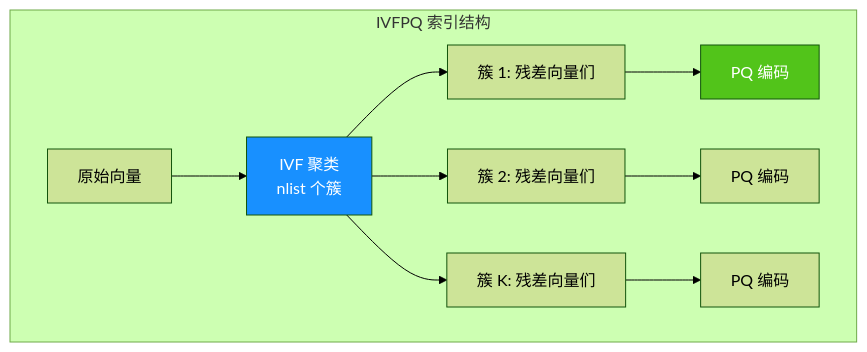
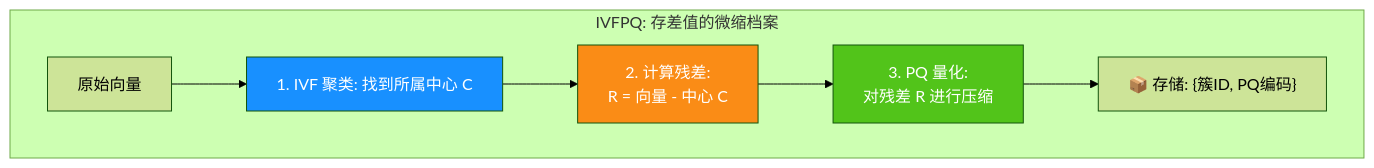
Diagram 15 of 36 in docs/research/003-vector-search-algorithm.md (ThreeFish-AI/agentic-ai-cognizes), drawn with Mermaid (forest theme) before and after one commit. The commit also changed other lines of this file, not shown here.

````diff
--- a/docs/research/003-vector-search-algorithm.md
+++ b/docs/research/003-vector-search-algorithm.md
@@ -1230,16 +1257,13 @@
 ```mermaid
-graph TB
-    subgraph "IVFPQ 索引结构"
-        V[原始向量] --> IVF[IVF 聚类<br/>nlist 个簇]
-        IVF --> R1[簇 1: 残差向量们]
-        IVF --> R2[簇 2: 残差向量们]
-        IVF --> RK[簇 K: 残差向量们]
-
-        R1 --> PQ1[PQ 编码]
-        R2 --> PQ2[PQ 编码]
-        RK --> PQK[PQ 编码]
+graph TD
+    subgraph "IVFPQ: 存差值的微缩档案"
+        V[原始向量] --> IVF[1. IVF 聚类: 找到所属中心 C]
+        IVF --> R_Calc[2. 计算残差: <br/>R = 向量 - 中心 C]
+        R_Calc --> PQ[3. PQ 量化: </br>对残差 R 进行压缩]
+        PQ --> Store["📦 存储: {簇ID, PQ编码}"]
     end
 
     style IVF fill:#1890ff,color:#fff
-    style PQ1 fill:#52c41a,color:#fff
+    style PQ fill:#52c41a,color:#fff
+    style R_Calc fill:#fa8c16,color:#fff
 ```
````
